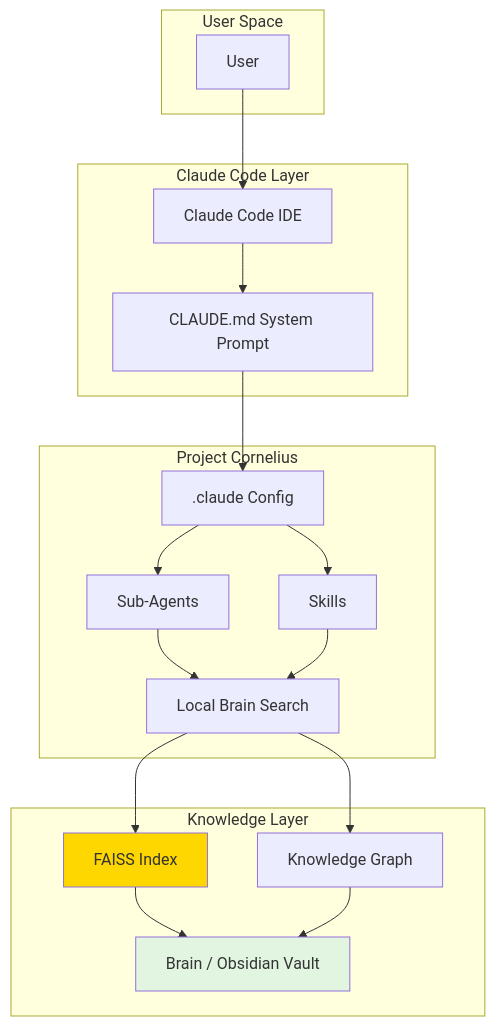
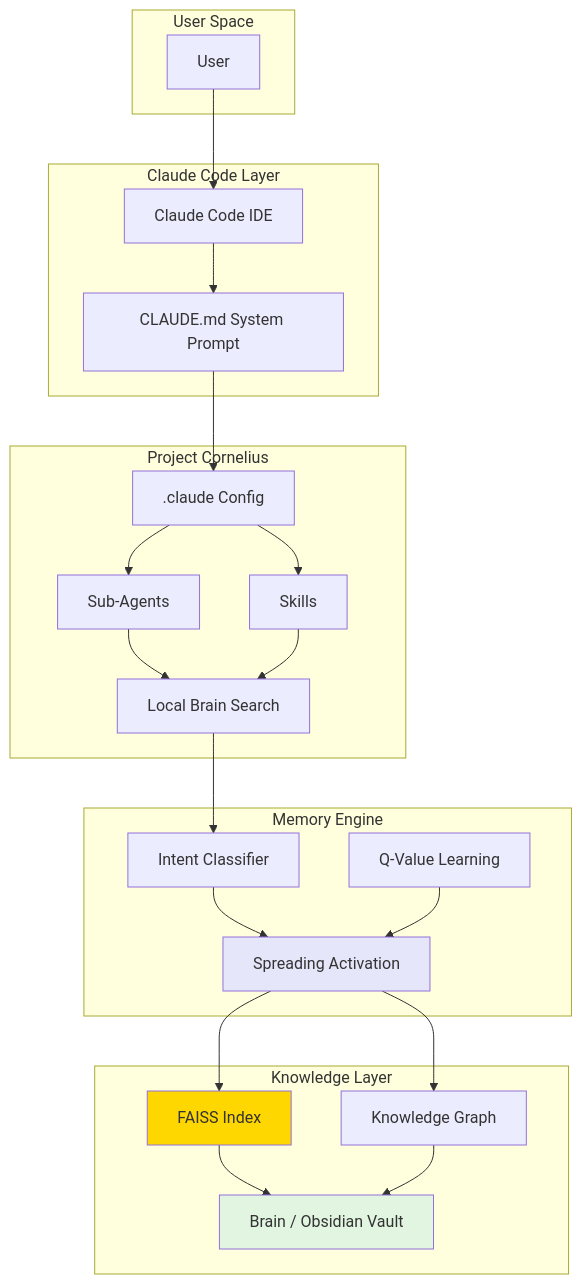
Before and after one commit to Abilityai/cornelius: the diagram in README.md, drawn with Mermaid. The commit also changed other lines of this file and 34 other files, not shown here.

First line of the commit message:
Major update: v03.26 - SYNAPSE memory, dialectic engine, autonomous research

````diff
--- a/README.md
+++ b/README.md
@@ -228,39 +285,49 @@
 ```mermaid
 graph TB
     subgraph "User Space"
         User[User]
     end
 
     subgraph "Claude Code Layer"
         CC[Claude Code IDE]
         CLAUDE[CLAUDE.md System Prompt]
     end
 
     subgraph "Project Cornelius"
         CONFIG[.claude Config]
         AGENTS[Sub-Agents]
         SKILLS[Skills]
         SEARCH[Local Brain Search]
     end
 
+    subgraph "Memory Engine"
+        INTENT[Intent Classifier]
+        SPREAD[Spreading Activation]
+        LEARN[Q-Value Learning]
+    end
+
     subgraph "Knowledge Layer"
         BRAIN[Brain / Obsidian Vault]
         FAISS[FAISS Index]
         GRAPH[Knowledge Graph]
     end
 
     User --> CC
     CC --> CLAUDE
     CLAUDE --> CONFIG
     CONFIG --> AGENTS
     CONFIG --> SKILLS
     AGENTS --> SEARCH
     SKILLS --> SEARCH
-    SEARCH --> FAISS
-    SEARCH --> GRAPH
+    SEARCH --> INTENT
+    INTENT --> SPREAD
+    SPREAD --> FAISS
+    SPREAD --> GRAPH
+    LEARN --> SPREAD
     FAISS --> BRAIN
     GRAPH --> BRAIN
 
     style BRAIN fill:#e1f5e1
     style FAISS fill:#ffd700
+    style SPREAD fill:#e6e6fa
 ```
````
